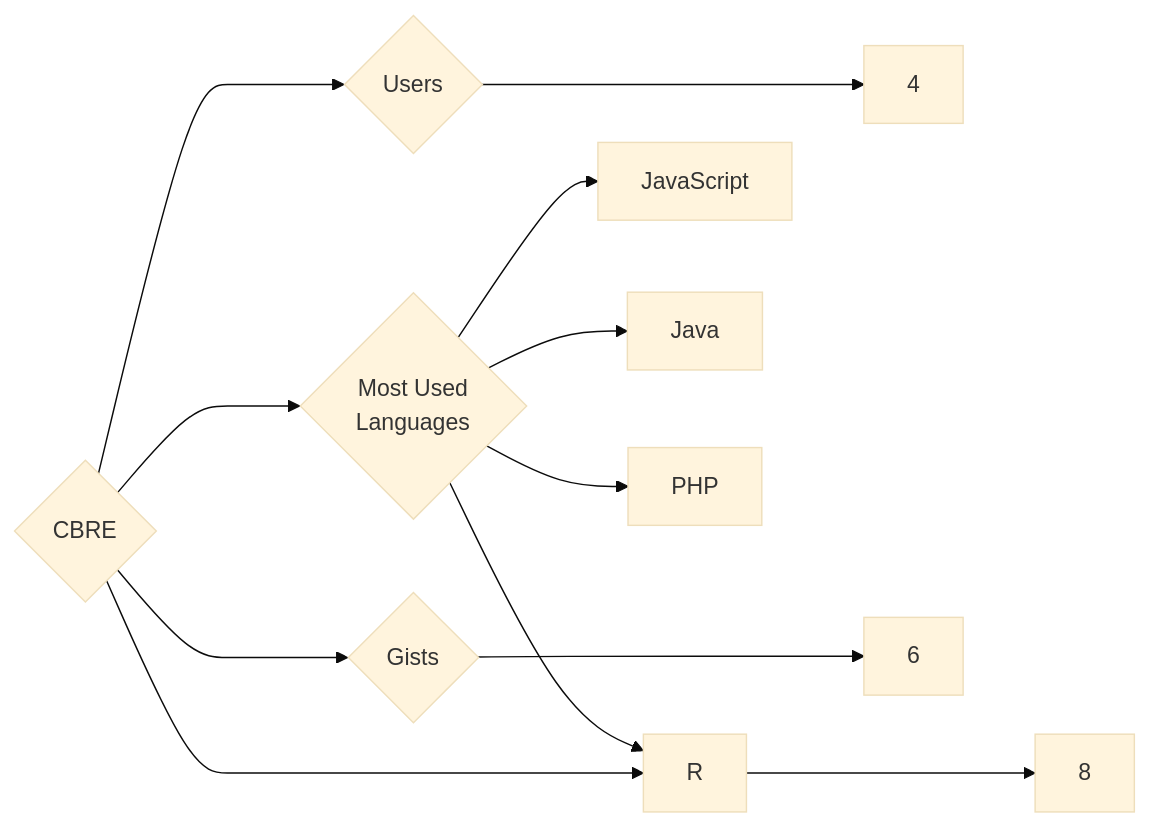
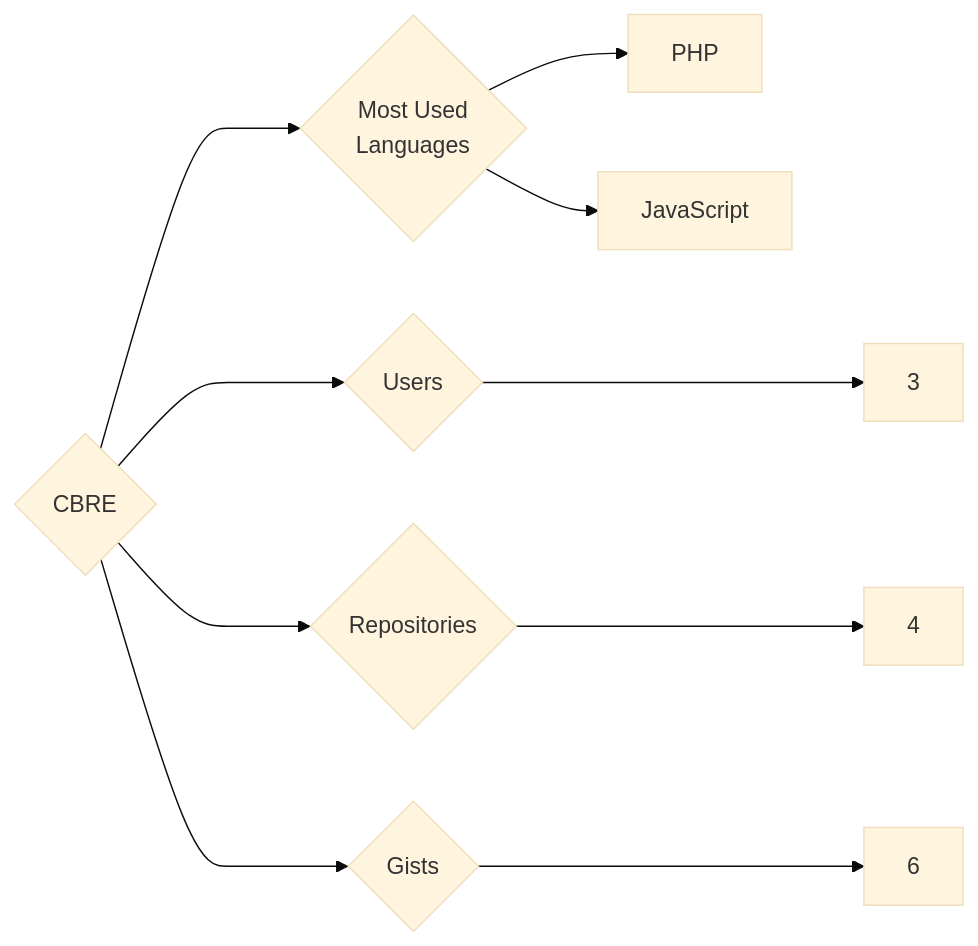
The diagram in targets/CBRE/README.md (trickest/insiders), drawn with Mermaid (base theme) before and after one commit. The commit also changed 1007 other files, not shown here.

````diff
--- a/targets/CBRE/README.md
+++ b/targets/CBRE/README.md
@@ -3,12 +3,10 @@
 ```mermaid
 graph LR
 COMPANY_NAME{CBRE}
-COMPANY_NAME ---> U{Users} ---> UN[4]
-COMPANY_NAME ---> R{Repositories} ---> RN[8]
+COMPANY_NAME ---> U{Users} ---> UN[3]
+COMPANY_NAME ---> R{Repositories} ---> RN[4]
 COMPANY_NAME ---> G{Gists} ---> GN[6]
 COMPANY_NAME ---> ML{Most Used<br>Languages}
+ML --> PHP[PHP]
 ML --> JavaScript[JavaScript]
-ML --> Java[Java]
-ML --> R[R]
-ML --> PHP[PHP]
 ```
````
